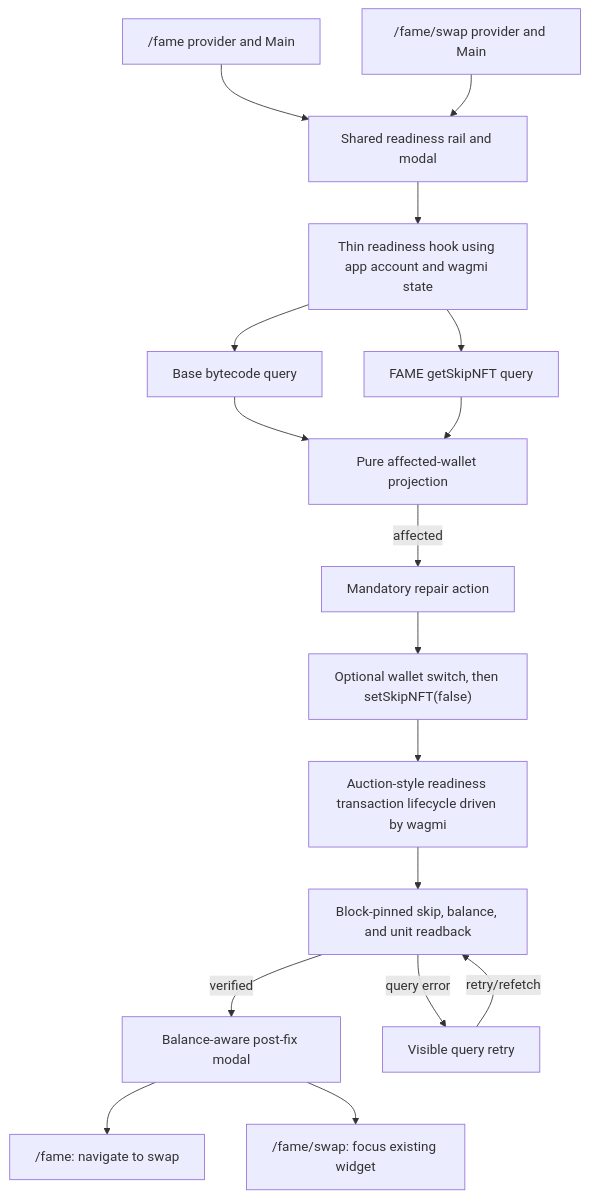
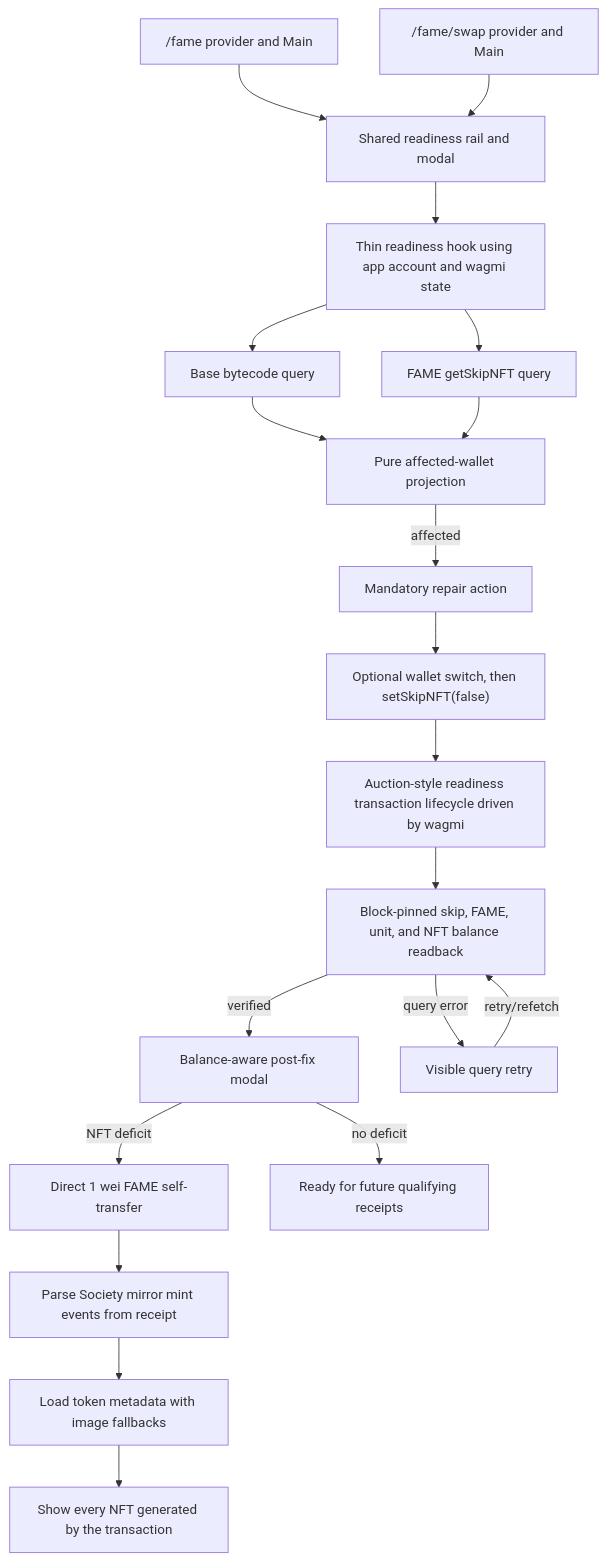
One commit to fame-lady-society/www changed the second of 3 diagrams in docs/plans/2026-07-15-001-feat-society-nft-readiness-repair-plan.md. Above: the diagram before and after it, drawn with Mermaid. The commit also changed other lines of this file and 9 other files, not shown here.

First line of the commit message:
feat(fame): complete Society NFT catch-up flow

````diff
--- a/docs/plans/2026-07-15-001-feat-society-nft-readiness-repair-plan.md
+++ b/docs/plans/2026-07-15-001-feat-society-nft-readiness-repair-plan.md
@@ -204,19 +217,22 @@
 ```mermaid
 flowchart TB
   A["/fame provider and Main"] --> R["Shared readiness rail and modal"]
   B["/fame/swap provider and Main"] --> R
   R --> H["Thin readiness hook using app account and wagmi state"]
   H --> C["Base bytecode query"]
   H --> S["FAME getSkipNFT query"]
   C --> P["Pure affected-wallet projection"]
   S --> P
   P -->|"affected"| W["Mandatory repair action"]
   W --> X["Optional wallet switch, then setSkipNFT(false)"]
   X --> T["Auction-style readiness transaction lifecycle driven by wagmi"]
-  T --> V["Block-pinned skip, balance, and unit readback"]
+  T --> V["Block-pinned skip, FAME, unit, and NFT balance readback"]
   V -->|"verified"| M["Balance-aware post-fix modal"]
   V -->|"query error"| Y["Visible query retry"]
   Y -->|"retry/refetch"| V
-  M --> F["/fame: navigate to swap"]
-  M --> G["/fame/swap: focus existing widget"]
+  M -->|"NFT deficit"| F["Direct 1 wei FAME self-transfer"]
+  M -->|"no deficit"| G["Ready for future qualifying receipts"]
+  F --> J["Parse Society mirror mint events from receipt"]
+  J --> K["Load token metadata with image fallbacks"]
+  K --> L["Show every NFT generated by the transaction"]
 ```
````
